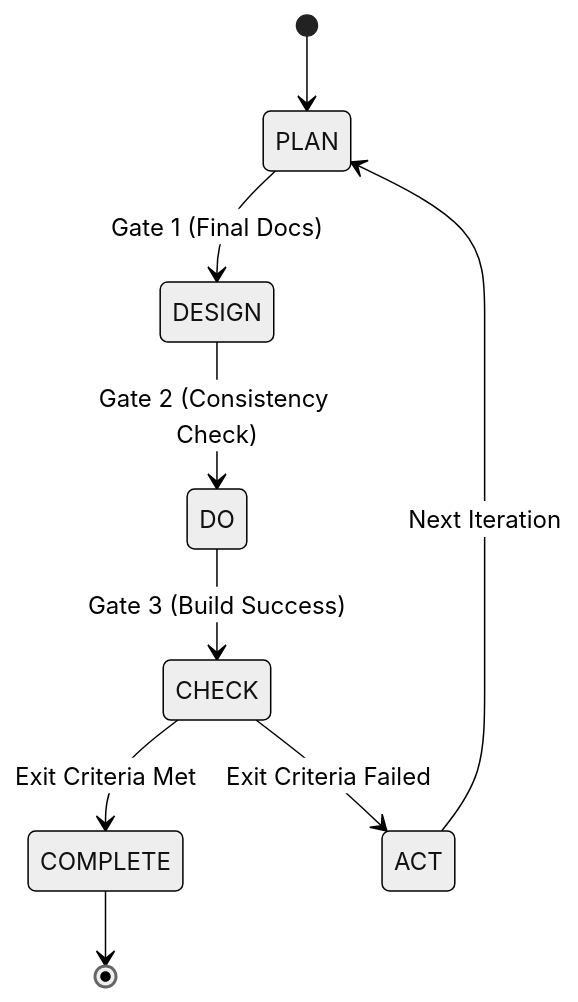
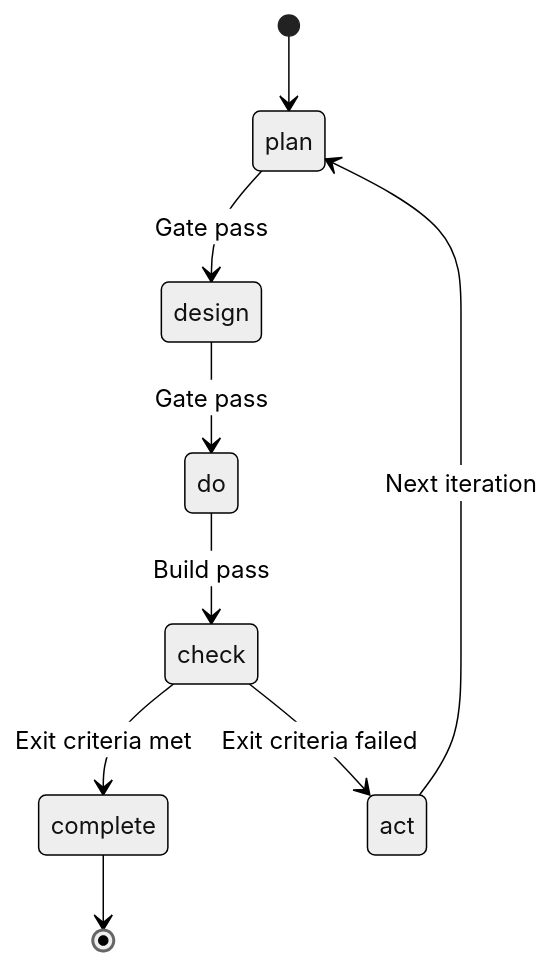
The diagram in README.md (upleat-ax/u-maker-plugin), drawn with Mermaid (neutral theme) before and after one commit. The commit also changed other lines of this file and 8 other files, not shown here.

````diff
--- a/README.md
+++ b/README.md
@@ -163,11 +36,11 @@
 ```mermaid
 stateDiagram-v2
-    [*] --> PLAN
-    PLAN --> DESIGN : Gate 1 (Final Docs)
-    DESIGN --> DO : Gate 2 (Consistency Check)
-    DO --> CHECK : Gate 3 (Build Success)
-    CHECK --> COMPLETE : Exit Criteria Met
-    CHECK --> ACT : Exit Criteria Failed
-    ACT --> PLAN : Next Iteration
-    COMPLETE --> [*]
+    [*] --> plan
+    plan --> design: Gate pass
+    design --> do: Gate pass
+    do --> check: Build pass
+    check --> complete: Exit criteria met
+    check --> act: Exit criteria failed
+    act --> plan: Next iteration
+    complete --> [*]
 ```
````
